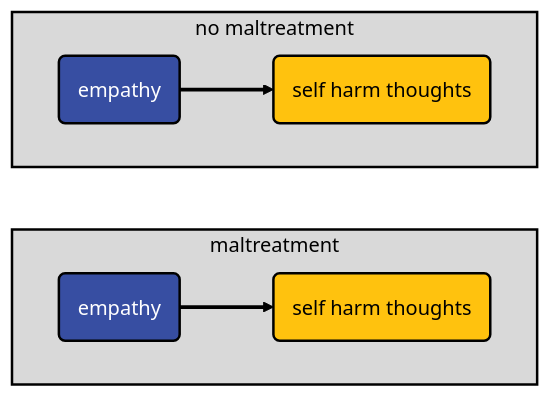
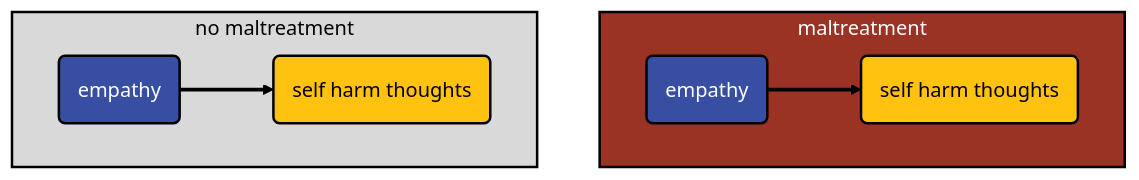
The second of 2 diagrams in empathy/empathy.qmd (agrogan1/closeread), drawn with Mermaid (forest theme) before and after one commit. The commit also changed other lines of this file and 1 other file, not shown here.

````diff
--- a/empathy/empathy.qmd
+++ b/empathy/empathy.qmd
@@ -81,35 +81,35 @@
 ```{mermaid}
 
-flowchart LR
+flowchart TB
   
   subgraph maltreatment
   
   direction LR
   
   e1("empathy") --> sh1("self harm thoughts")
   
   end
   
   subgraph nomaltreatment ["no maltreatment"]
 
   direction LR
   
   e0("empathy") --> sh0("self harm thoughts") 
   
   end
   
   style e0 fill:#374EA2,stroke:#000000,stroke-width:2px,color:#FFFFFF;
 
   style e1 fill:#374EA2,stroke:#000000,stroke-width:2px,color:#FFFFFF;
 
   style sh0 fill:#FFC20E,stroke:#000000,stroke-width:2px,color:#000000;
   
   style sh1 fill:#FFC20E,stroke:#000000,stroke-width:2px,color:#000000;
 
-  style maltreatment fill:#D9D9D9,stroke:#000000,stroke-width:2px,color:#000000;
+  style maltreatment fill:#9A3324,stroke:#000000,stroke-width:2px,color:#FFFFFF;
   
   style nomaltreatment fill:#D9D9D9,stroke:#000000,stroke-width:2px,color:#000000;
 
   linkStyle 0,1 stroke:#000000,stroke-width:3px,font-size:36px,color:black;
 
 ```
````
